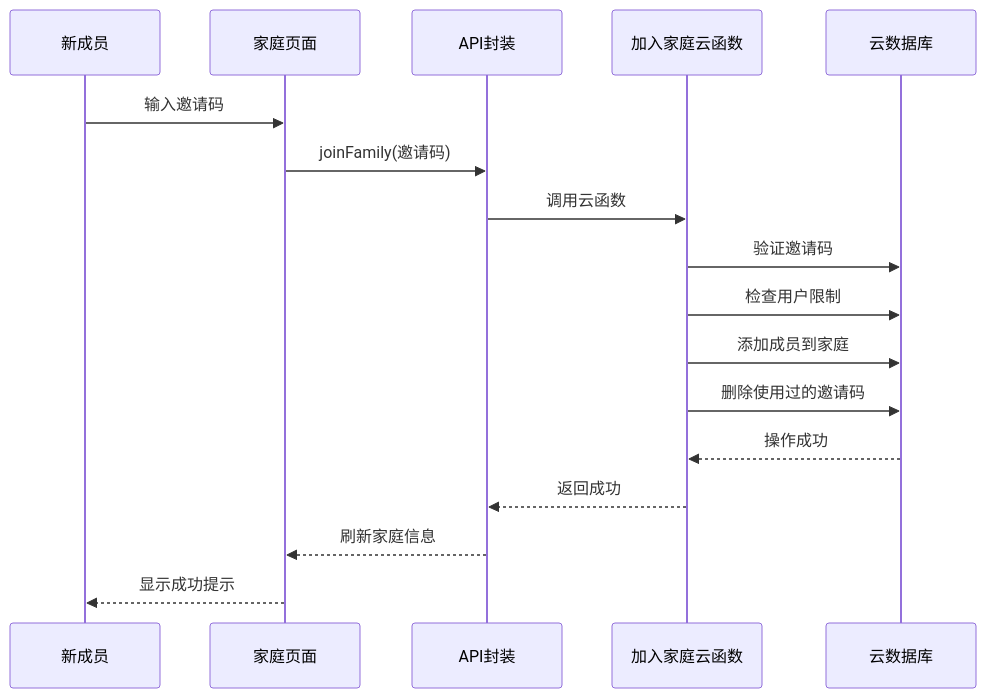
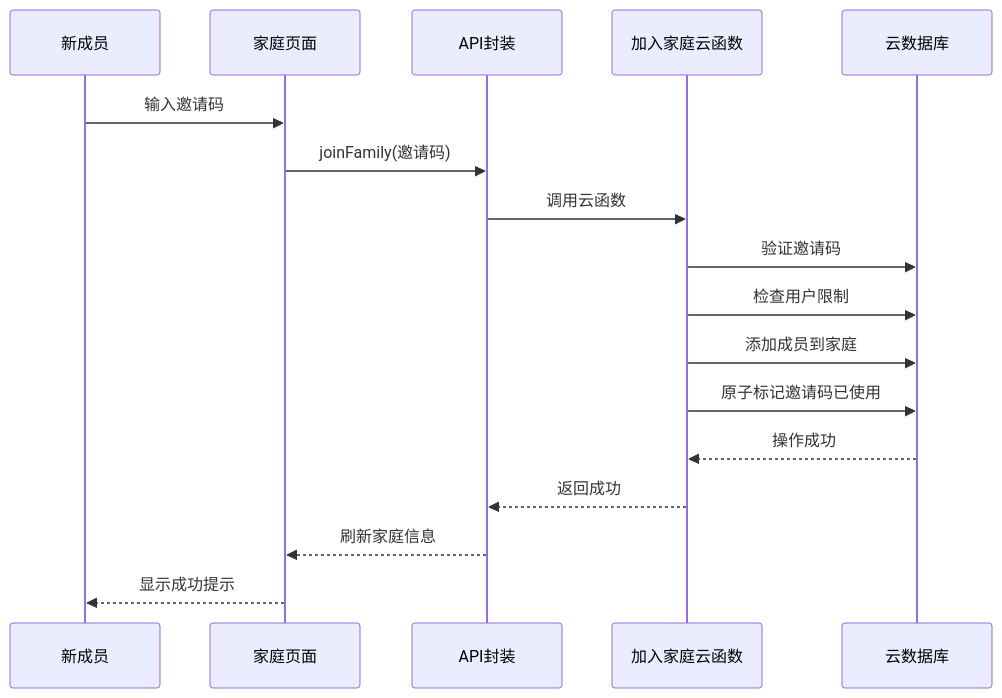
The seventh of 11 diagrams in wiki/API接口文档/家庭管理API.md (zhangxin19911211-creator/Project_BabyAssistant), drawn with Mermaid before and after one commit. The commit also changed 534 other files, not shown here.

````diff
--- a/wiki/API接口文档/家庭管理API.md
+++ b/wiki/API接口文档/家庭管理API.md
@@ -257,19 +257,19 @@
 ```mermaid
 sequenceDiagram
 participant U as 新成员
 participant P as 家庭页面
 participant A as API封装
 participant JC as 加入家庭云函数
 participant DB as 云数据库
 U->>P : 输入邀请码
 P->>A : joinFamily(邀请码)
 A->>JC : 调用云函数
 JC->>DB : 验证邀请码
 JC->>DB : 检查用户限制
 JC->>DB : 添加成员到家庭
-JC->>DB : 删除使用过的邀请码
+JC->>DB : 原子标记邀请码已使用
 DB-->>JC : 操作成功
 JC-->>A : 返回成功
 A-->>P : 刷新家庭信息
 P-->>U : 显示成功提示
 ```
````
